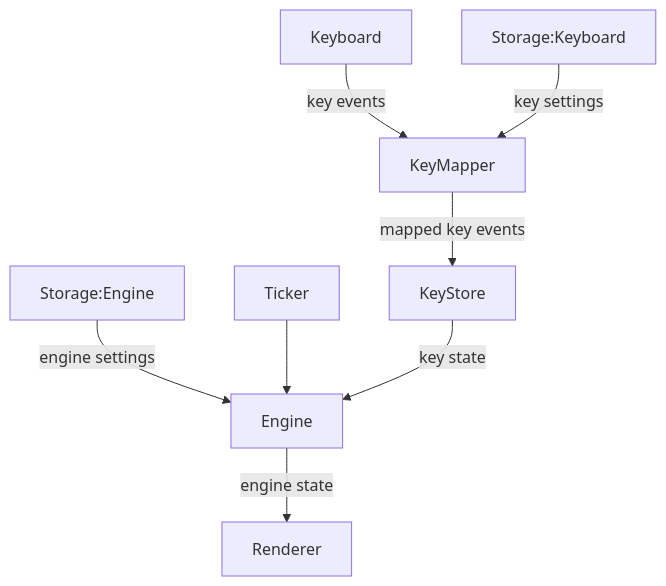
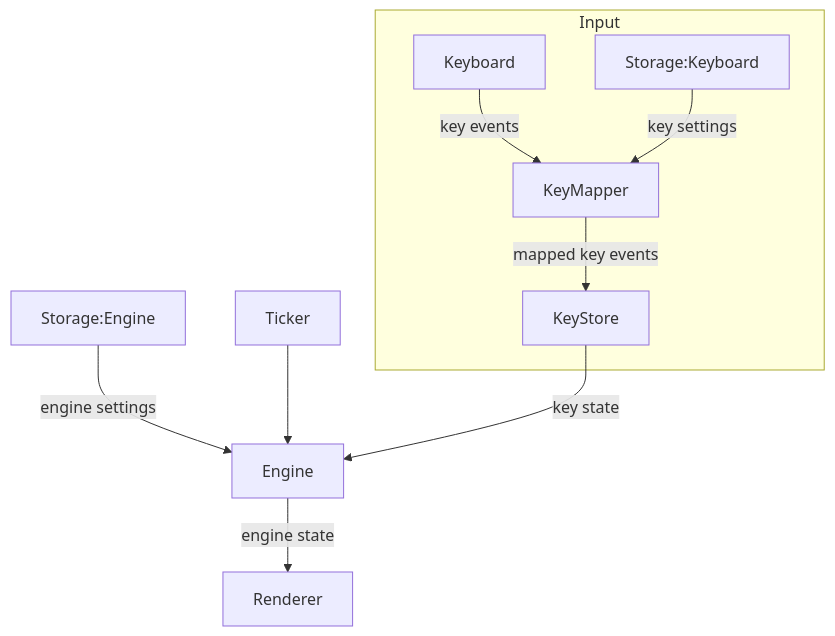
The diagram in game.mmd (intris/design), drawn with Mermaid before and after one commit. The commit also changed 1 other file, not shown here.

```diff
--- a/game.mmd
+++ b/game.mmd
@@ -1,8 +1,10 @@
 graph TD
-  Keyboard -- key events --> KeyMapper
-  Storage:Keyboard -- key settings --> KeyMapper
-  KeyMapper -- mapped key events --> KeyStore
+  subgraph Input
+    Keyboard -- key events --> KeyMapper
+    Storage:Keyboard -- key settings --> KeyMapper
+    KeyMapper -- mapped key events --> KeyStore
+  end
   Storage:Engine -- engine settings --> Engine
   Ticker --> Engine
   KeyStore -- key state --> Engine
   Engine -- engine state --> Renderer
```
